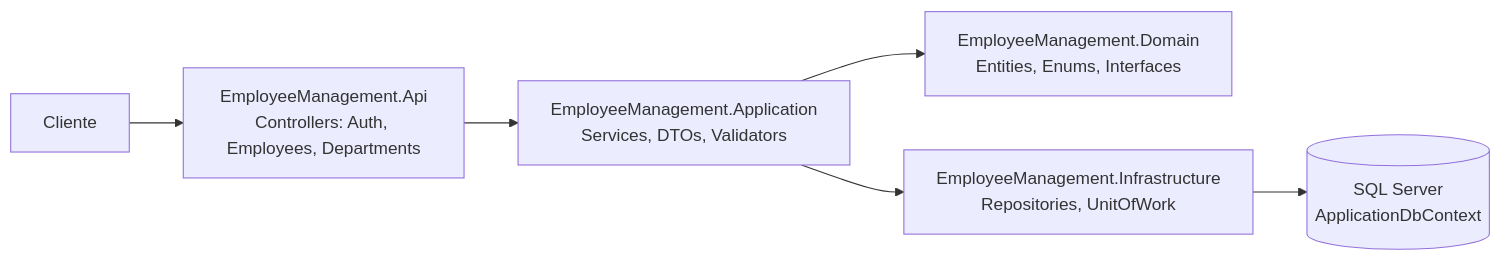
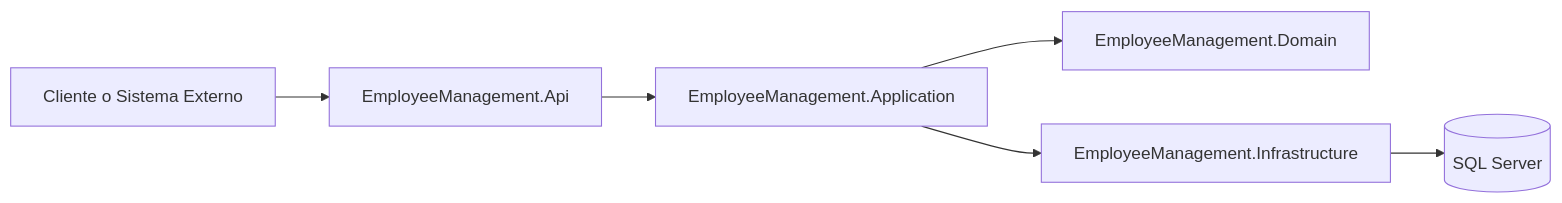
One commit to lraigosov/Employee-Management-API changed the diagram in README.md. Above: the diagram before and after it, drawn with Mermaid. The commit also changed other lines of this file and 8 other files, not shown here.

````diff
--- a/README.md
+++ b/README.md
@@ -20,8 +44,8 @@
 ```mermaid
 flowchart LR
-  Client[Cliente] --> API["EmployeeManagement.Api<br/>Controllers: Auth, Employees, Departments"]
-  API --> App["EmployeeManagement.Application<br/>Services, DTOs, Validators"]
-  App --> Domain["EmployeeManagement.Domain<br/>Entities, Enums, Interfaces"]
-  App --> Infra["EmployeeManagement.Infrastructure<br/>Repositories, UnitOfWork"]
-  Infra --> Db[("SQL Server<br/>ApplicationDbContext")]
+  Client[Cliente o Sistema Externo] --> API[EmployeeManagement.Api]
+  API --> APP[EmployeeManagement.Application]
+  APP --> DOMAIN[EmployeeManagement.Domain]
+  APP --> INFRA[EmployeeManagement.Infrastructure]
+  INFRA --> DB[(SQL Server)]
 ```
````
